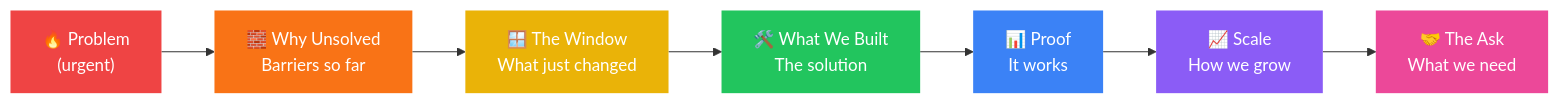
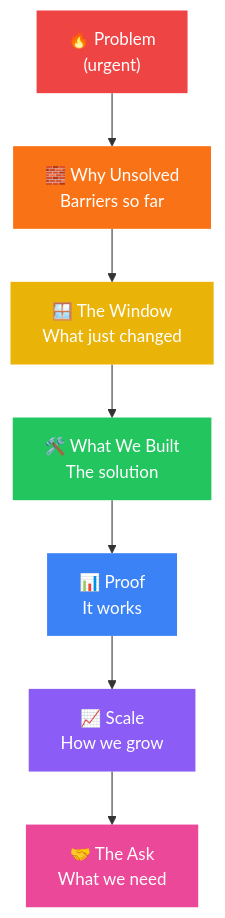
The diagram in Bengula-Jacob/content/investing/pitch-deck-narrative-kenya.md (bengula/BengulaLive), drawn with Mermaid before and after one commit. The commit also changed 12 other files, not shown here.

Commit message:
improved mermaid syntax

````diff
--- a/Bengula-Jacob/content/investing/pitch-deck-narrative-kenya.md
+++ b/Bengula-Jacob/content/investing/pitch-deck-narrative-kenya.md
@@ -31,17 +31,17 @@
 ```mermaid
-flowchart LR
-    A["🔥 Problem\n(urgent)"] --> B["🧱 Why Unsolved\nBarriers so far"]
-    B --> C["🪟 The Window\nWhat just changed"]
-    C --> D["🛠️ What We Built\nThe solution"]
-    D --> E["📊 Proof\nIt works"]
-    E --> F["📈 Scale\nHow we grow"]
-    F --> G["🤝 The Ask\nWhat we need"]
+flowchart TD
+    A["🔥 Problem<br>(urgent)"] --> B["🧱 Why Unsolved<br>Barriers so far"]
+    B --> C["🪟 The Window<br>What just changed"]
+    C --> D["🛠️ What We Built<br>The solution"]
+    D --> E["📊 Proof<br>It works"]
+    E --> F["📈 Scale<br>How we grow"]
+    F --> G["🤝 The Ask<br>What we need"]
 
     style A fill:#ef4444,color:#fff,stroke:none
     style B fill:#f97316,color:#fff,stroke:none
     style C fill:#eab308,color:#fff,stroke:none
     style D fill:#22c55e,color:#fff,stroke:none
     style E fill:#3b82f6,color:#fff,stroke:none
     style F fill:#8b5cf6,color:#fff,stroke:none
     style G fill:#ec4899,color:#fff,stroke:none
 ```
````
